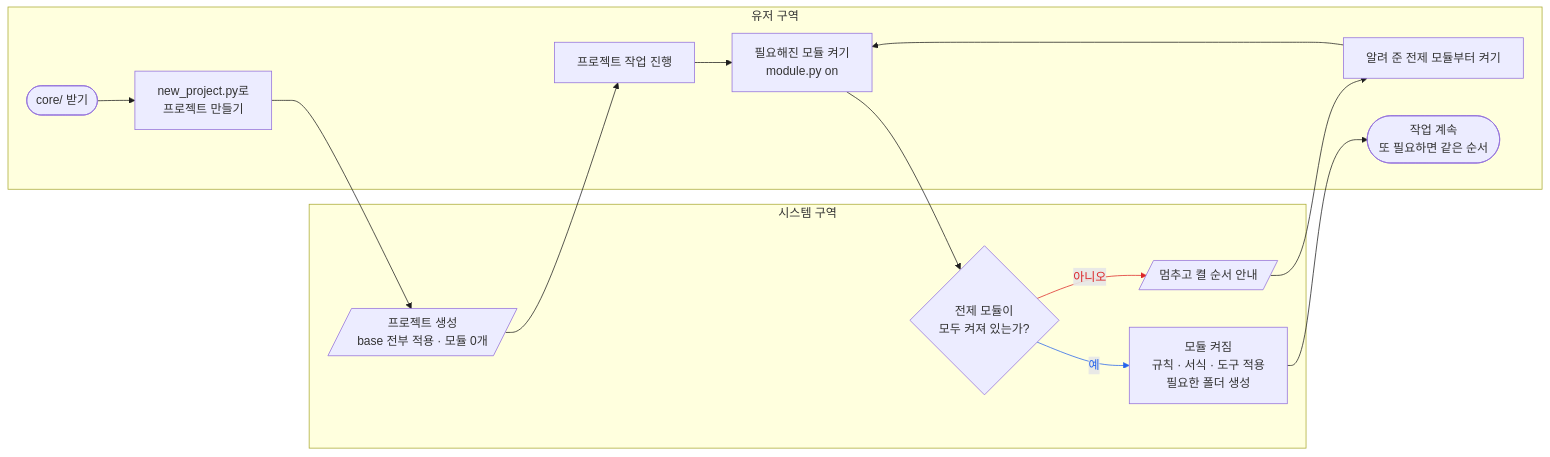
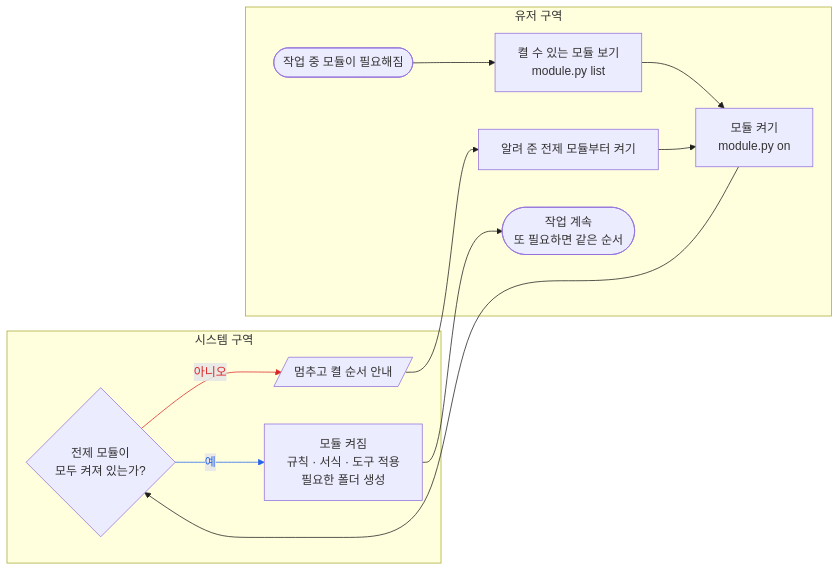
One commit to RyuSeoJin/rsj-centralized-control changed the second of 2 diagrams in README.md. Above: the diagram before and after it, drawn with Mermaid. The commit also changed other lines of this file, not shown here.

First line of the commit message:
[Center] README 흐름을 세 경우로 — 저장소를 새로 만들 때 · 프로젝트를 만들 때 · 필요해진 모듈을 켤 때

````diff
--- a/README.md
+++ b/README.md
@@ -80,30 +106,26 @@
 ```mermaid
 flowchart LR
   subgraph SY["시스템 구역"]
-    O1[/"프로젝트 생성<br/>base 전부 적용 · 모듈 0개"/]
     D1{"전제 모듈이<br/>모두 켜져 있는가?"}
     P1["모듈 켜짐<br/>규칙 · 서식 · 도구 적용<br/>필요한 폴더 생성"]
     O2[/"멈추고 켤 순서 안내"/]
   end
   subgraph U["유저 구역"]
-    S(["core/ 받기"])
-    A1["new_project.py로<br/>프로젝트 만들기"]
-    A2["프로젝트 작업 진행"]
-    A3["필요해진 모듈 켜기<br/>module.py on"]
+    S(["작업 중 모듈이 필요해짐"])
+    A0["켤 수 있는 모듈 보기<br/>module.py list"]
+    A3["모듈 켜기<br/>module.py on"]
     A4["알려 준 전제 모듈부터 켜기"]
     E(["작업 계속<br/>또 필요하면 같은 순서"])
   end
-  S --> A1
-  A1 --> O1
-  O1 --> A2
-  A2 --> A3
+  S --> A0
+  A0 --> A3
   A3 --> D1
   D1 -->|예| P1
   D1 -->|아니오| O2
   O2 --> A4
   A4 --> A3
   P1 --> E
-  linkStyle 0,1,2,3,4,7,8,9 stroke:#1E1E1E
-  linkStyle 5 stroke:#2563EB,color:#2563EB
-  linkStyle 6 stroke:#DC2626,color:#DC2626
+  linkStyle 0,1,2,5,6,7 stroke:#1E1E1E
+  linkStyle 3 stroke:#2563EB,color:#2563EB
+  linkStyle 4 stroke:#DC2626,color:#DC2626
 ```
````
